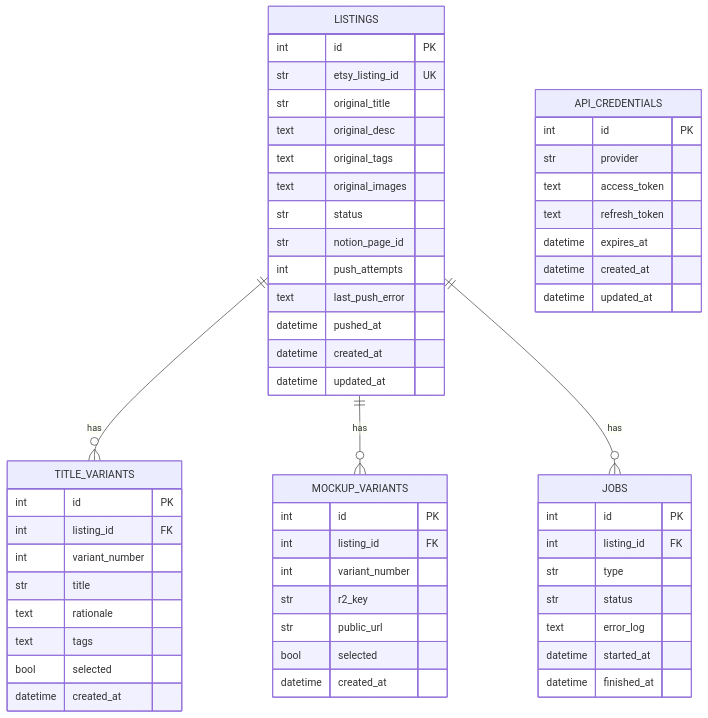
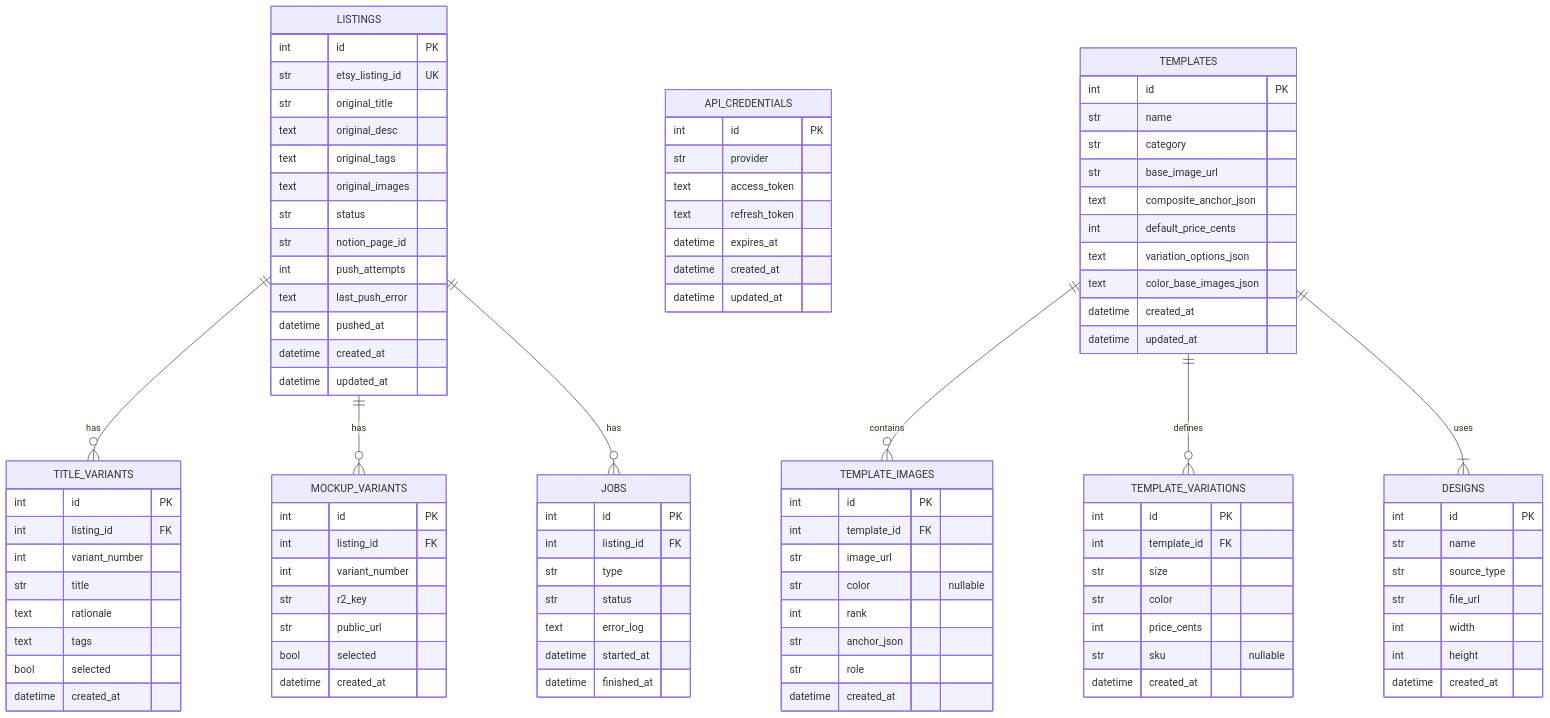
Before and after one commit to trungsin/etsyauto: the fourth of 4 diagrams in docs/system-architecture.md, drawn with Mermaid. The commit also changed 5 other files, not shown here.

First line of the commit message:
docs(v0.9.0): template image pool release notes

````diff
--- a/docs/system-architecture.md
+++ b/docs/system-architecture.md
@@ -322,7 +322,54 @@
         datetime updated_at
     }
 
+    TEMPLATES {
+        int id PK
+        str name
+        str category
+        str base_image_url
+        text composite_anchor_json
+        int default_price_cents
+        text variation_options_json
+        text color_base_images_json
+        datetime created_at
+        datetime updated_at
+    }
+
+    TEMPLATE_IMAGES {
+        int id PK
+        int template_id FK
+        str image_url
+        str color "nullable"
+        int rank
+        str anchor_json
+        str role
+        datetime created_at
+    }
+
+    TEMPLATE_VARIATIONS {
+        int id PK
+        int template_id FK
+        str size
+        str color
+        int price_cents
+        str sku "nullable"
+        datetime created_at
+    }
+
+    DESIGNS {
+        int id PK
+        str name
+        str source_type
+        str file_url
+        int width
+        int height
+        datetime created_at
+    }
+
     LISTINGS ||--o{ TITLE_VARIANTS : "has"
     LISTINGS ||--o{ MOCKUP_VARIANTS : "has"
     LISTINGS ||--o{ JOBS : "has"
+    TEMPLATES ||--o{ TEMPLATE_IMAGES : "contains"
+    TEMPLATES ||--o{ TEMPLATE_VARIATIONS : "defines"
+    TEMPLATES ||--|{ DESIGNS : "uses"
 ```
````
